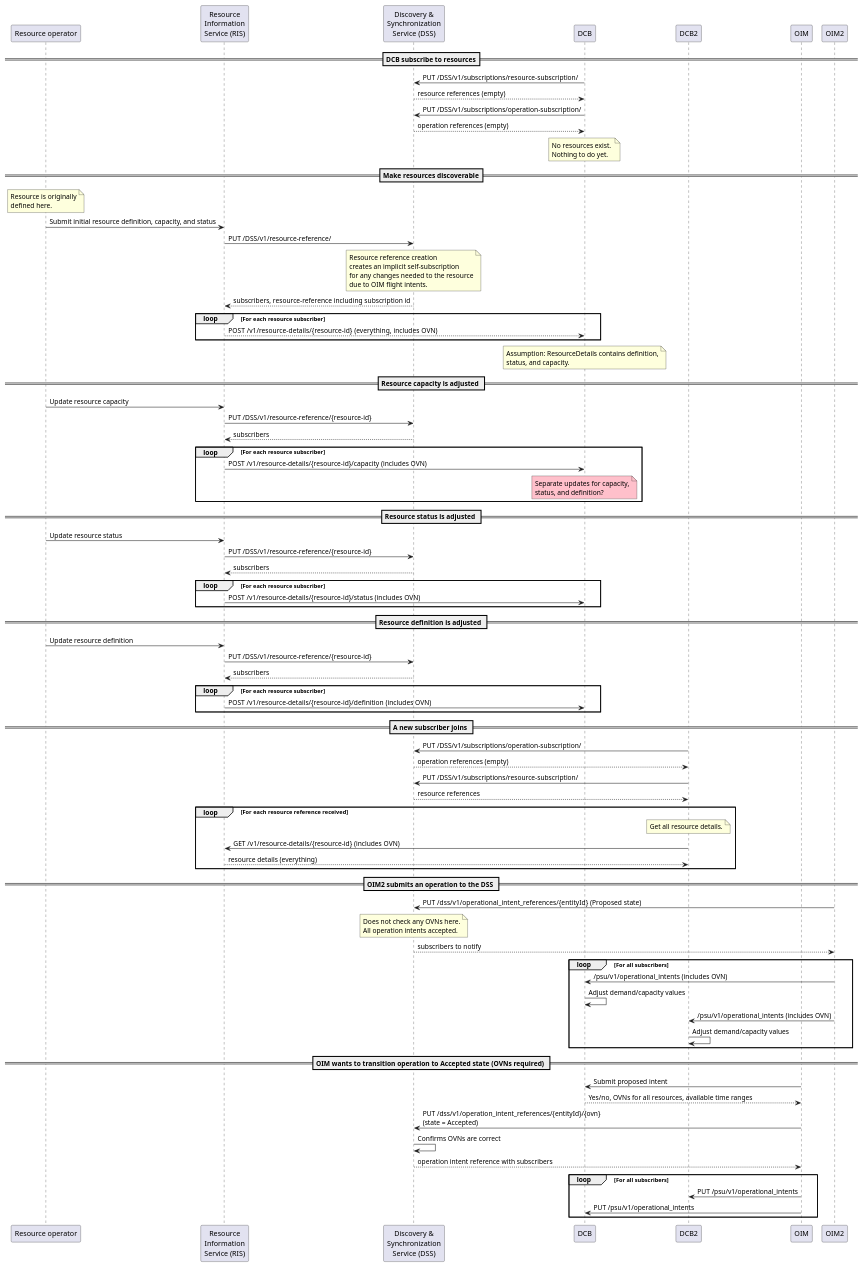
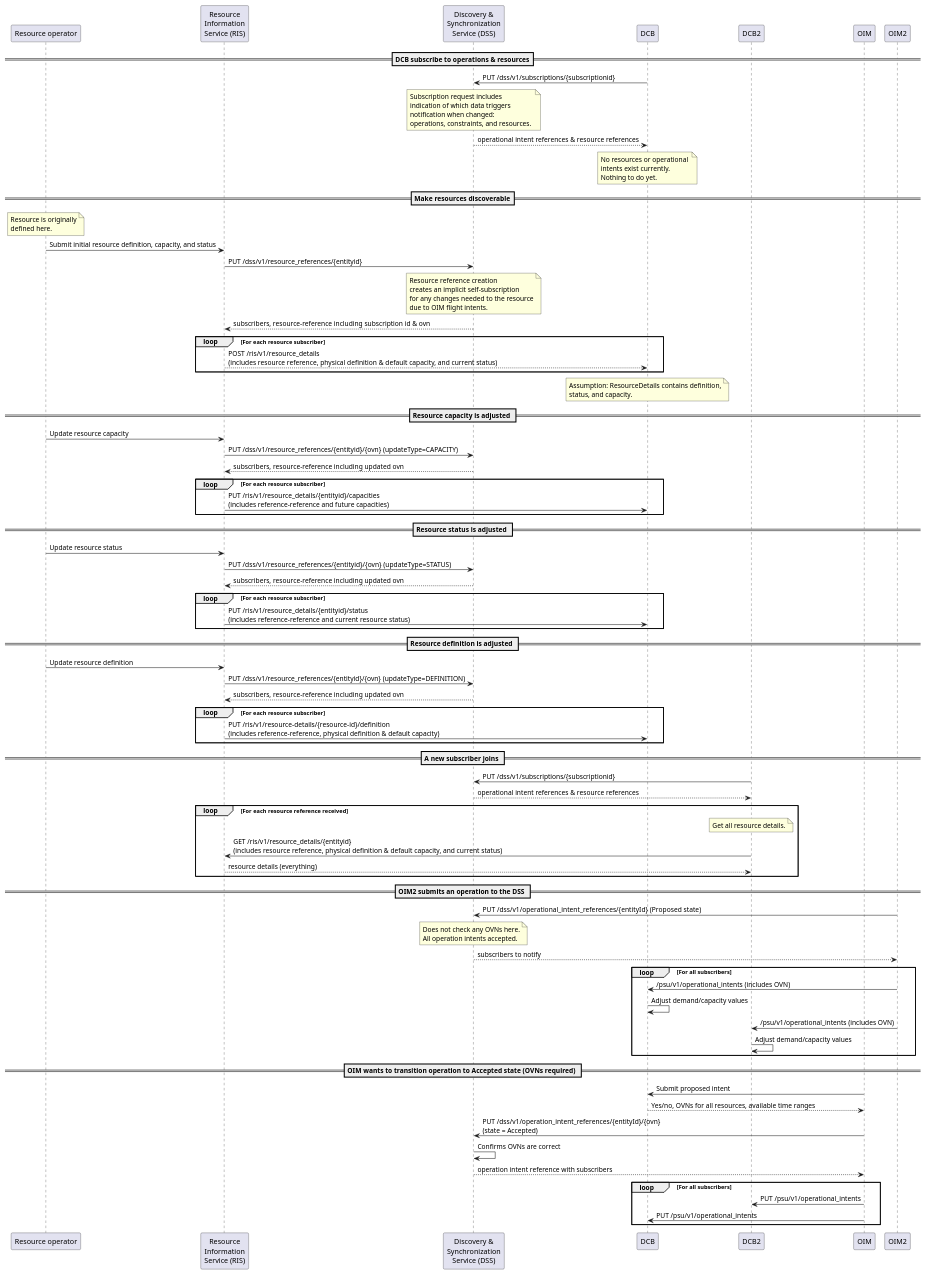
One commit to JaqpottCTO/ASTM_UTMAPI changed the diagram in resource-sequence.puml. Above: the diagram before and after it, drawn with PlantUML. The commit also changed 2 other files, not shown here.

Commit message:
Rename a few resource schemas for consistency. Update sequence diagram to better match actual endpoints (in progress)

```diff
--- a/resource-sequence.puml
+++ b/resource-sequence.puml
@@ -1,122 +1,118 @@
 @startuml
 participant "Resource operator" as RO
 participant "Resource\nInformation\nService (RIS)" as RIS
 participant "Discovery &\nSynchronization\nService (DSS)" as DSS
 participant "DCB" as DCB
 participant "DCB2" as DCB2
 participant "OIM" as OIM
 participant "OIM2" as OIM2
 
 
-==DCB subscribe to resources==
-DCB -> DSS: PUT /DSS/v1/subscriptions/resource-subscription/
-DCB <-- DSS: resource references (empty)
-
-DCB -> DSS: PUT /DSS/v1/subscriptions/operation-subscription/
-DCB <-- DSS: operation references (empty)
+==DCB subscribe to operations & resources==
+DCB -> DSS: PUT /dss/v1/subscriptions/{subscriptionid}
+note over DSS
+    Subscription request includes
+    indication of which data triggers
+    notification when changed: 
+    operations, constraints, and resources. 
+end note
+DCB <-- DSS: operational intent references & resource references
 
 note over DCB
-No resources exist. 
+No resources or operational 
+intents exist currently. 
 Nothing to do yet. 
 end note
 
 ==Make resources discoverable==
 note over RO
 Resource is originally
 defined here.
 end note 
 RO -> RIS: Submit initial resource definition, capacity, and status
-RIS -> DSS: PUT /DSS/v1/resource-reference/
+RIS -> DSS: PUT /dss/v1/resource_references/{entityid}
 note over DSS
 Resource reference creation
 creates an implicit self-subscription
 for any changes needed to the resource
 due to OIM flight intents.
 end note
-DSS --> RIS: subscribers, resource-reference including subscription id
+DSS --> RIS: subscribers, resource-reference including subscription id & ovn
 loop For each resource subscriber
-    DCB <-- RIS: POST /v1/resource-details/{resource-id}  (everything, includes OVN)
+    DCB <-- RIS: POST /ris/v1/resource_details\n(includes resource reference, physical definition & default capacity, and current status)
 end
 note over DCB
 Assumption: ResourceDetails contains definition,
 status, and capacity. 
 end note
 
 == Resource capacity is adjusted ==
 RO -> RIS: Update resource capacity
-RIS -> DSS: PUT /DSS/v1/resource-reference/{resource-id}
-RIS <-- DSS: subscribers
+RIS -> DSS: PUT /dss/v1/resource_references/{entityid}/{ovn} (updateType=CAPACITY)
+RIS <-- DSS: subscribers, resource-reference including updated ovn
 loop For each resource subscriber
-    RIS -> DCB: POST /v1/resource-details/{resource-id}/capacity (includes OVN)
-    note over DCB #pink
-    Separate updates for capacity,
-    status, and definition?
-    end note
+    RIS -> DCB: PUT /ris/v1/resource_details/{entityid}/capacities\n(includes reference-reference and future capacities)
 end
 
 == Resource status is adjusted ==
 RO -> RIS: Update resource status
-RIS -> DSS: PUT /DSS/v1/resource-reference/{resource-id}
-RIS <-- DSS: subscribers
+RIS -> DSS: PUT /dss/v1/resource_references/{entityid}/{ovn} (updateType=STATUS)
+RIS <-- DSS: subscribers, resource-reference including updated ovn
 loop For each resource subscriber
-    RIS -> DCB: POST /v1/resource-details/{resource-id}/status (includes OVN)
+    RIS -> DCB: PUT /ris/v1/resource_details/{entityid}/status\n(includes reference-reference and current resource status)
 end
 
 == Resource definition is adjusted ==
 RO -> RIS: Update resource definition
-RIS -> DSS: PUT /DSS/v1/resource-reference/{resource-id}
-RIS <-- DSS: subscribers
+RIS -> DSS: PUT /dss/v1/resource_references/{entityid}/{ovn} (updateType=DEFINITION)
+RIS <-- DSS: subscribers, resource-reference including updated ovn
 loop For each resource subscriber
-    RIS -> DCB: POST /v1/resource-details/{resource-id}/definition (includes OVN)
+    RIS -> DCB: PUT /ris/v1/resource-details/{resource-id}/definition\n(includes reference-reference, physical definition & default capacity)
 end
 
 == A new subscriber joins == 
-
-DCB2 -> DSS: PUT /DSS/v1/subscriptions/operation-subscription/
-DCB2 <-- DSS: operation references (empty)
-
-DCB2 -> DSS: PUT /DSS/v1/subscriptions/resource-subscription/
-DCB2 <-- DSS: resource references
+DCB2 -> DSS: PUT /dss/v1/subscriptions/{subscriptionid}
+DCB2 <-- DSS: operational intent references & resource references
 
 loop For each resource reference received
     note over DCB2
     Get all resource details.
     end note
-    DCB2 -> RIS: GET /v1/resource-details/{resource-id} (includes OVN)
+    DCB2 -> RIS: GET /ris/v1/resource_details/{entityid}\n(includes resource reference, physical definition & default capacity, and current status)
     DCB2 <-- RIS: resource details (everything)
 end
 
 
 == OIM2 submits an operation to the DSS == 
 OIM2 -> DSS: PUT /dss/v1/operational_intent_references/{entityId}  (Proposed state)
 note over DSS
 Does not check any OVNs here.
 All operation intents accepted.
 end note
 OIM2 <-- DSS: subscribers to notify
 loop For all subscribers
     ' OIM2 -> RIS: /psu/v1/operational_intents (includes OVN)
     OIM2 -> DCB: /psu/v1/operational_intents (includes OVN)
     DCB -> DCB: Adjust demand/capacity values
     OIM2 -> DCB2:  /psu/v1/operational_intents (includes OVN)
     DCB2 -> DCB2: Adjust demand/capacity values
 end
 
 == OIM wants to transition operation to Accepted state (OVNs required) ==
 ' OIM -> DCB: Get available resources
 ' OIM <-- DCB: Return all resources, OVNs, avaialble time ranges
 
 
 OIM -> DCB: Submit proposed intent
 OIM <-- DCB: Yes/no, OVNs for all resources, available time ranges
 
 OIM -> DSS: PUT /dss/v1/operation_intent_references/{entityId}/{ovn}\n(state = Accepted)
 DSS -> DSS: Confirms OVNs are correct
 OIM <-- DSS: operation intent reference with subscribers
 loop For all subscribers
     OIM -> DCB2: PUT /psu/v1/operational_intents
     OIM -> DCB: PUT /psu/v1/operational_intents
 end
 
 
 @enduml
```
